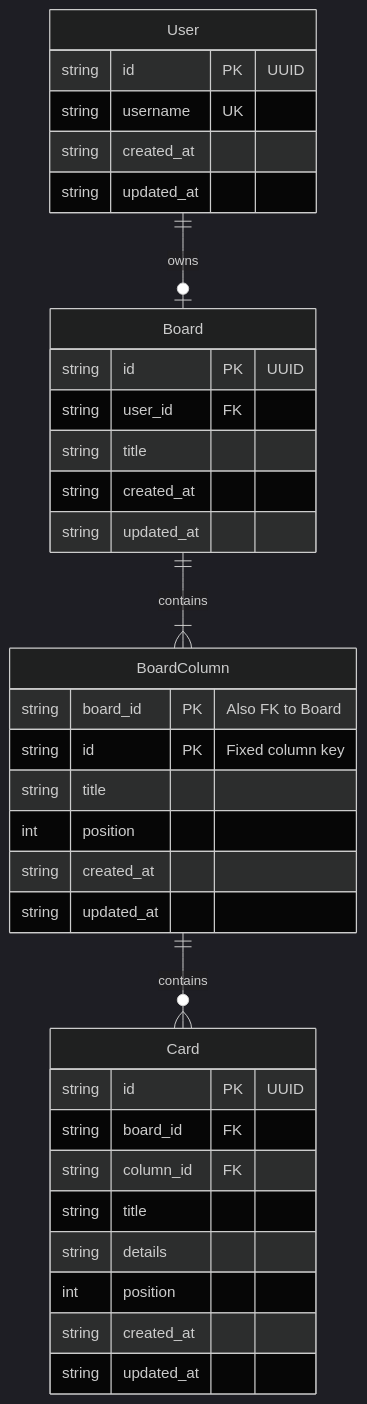
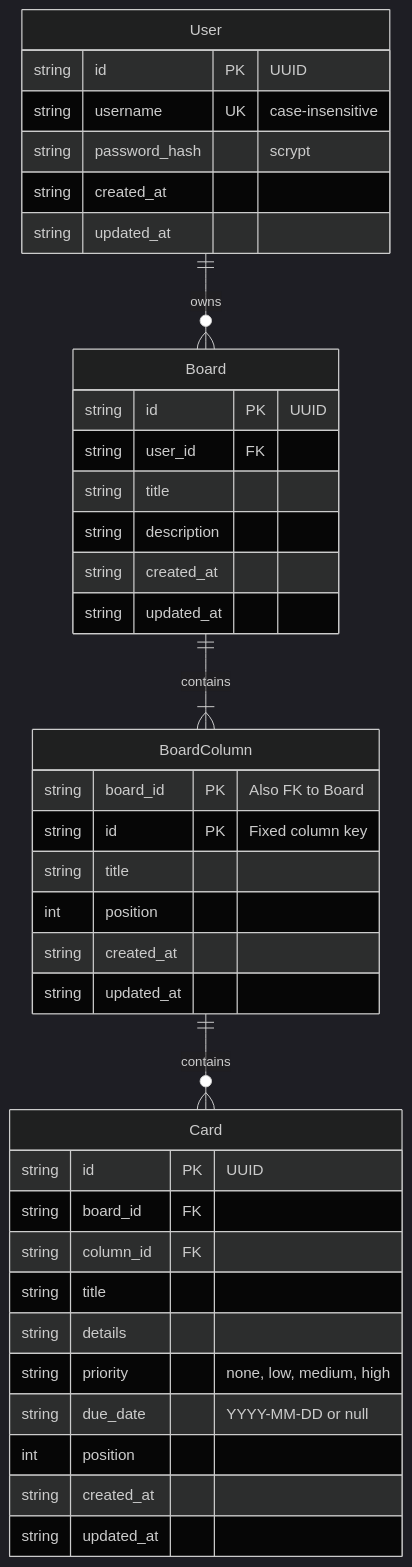
One commit to ajimenez78/pm changed the diagram in docs/data-model.md. Above: the diagram before and after it, drawn with Mermaid (dark theme). The commit also changed other lines of this file and 47 other files, not shown here.

````diff
--- a/docs/data-model.md
+++ b/docs/data-model.md
@@ -14,37 +11,41 @@
 ```mermaid
 erDiagram
-    User ||--o| Board : "owns"
+    User ||--o{ Board : "owns"
     Board ||--|{ BoardColumn : "contains"
     BoardColumn ||--o{ Card : "contains"
     User {
         string id PK "UUID"
-        string username UK
+        string username UK "case-insensitive"
+        string password_hash "scrypt"
         string created_at
         string updated_at
     }
     Board {
         string id PK "UUID"
         string user_id FK
         string title
+        string description
         string created_at
         string updated_at
     }
     BoardColumn {
         string board_id PK "Also FK to Board"
         string id PK "Fixed column key"
         string title
         int position
         string created_at
         string updated_at
     }
     Card {
         string id PK "UUID"
         string board_id FK
         string column_id FK
         string title
         string details
+        string priority "none, low, medium, high"
+        string due_date "YYYY-MM-DD or null"
         int position
         string created_at
         string updated_at
     }
 ```
````
